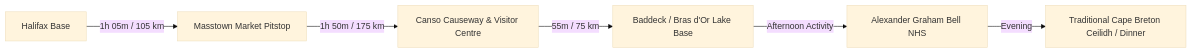
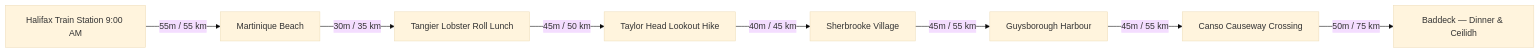
The diagram in docs/day1_halifax_to_baddeck.md (iammzz/novascotia-2026), drawn with Mermaid (base theme) before and after one commit. The commit also changed other lines of this file and 4 other files, not shown here.

Commit message:
Lock Day 1 as Marine Drive (Route 7) southeast scenic route: Martinique Beach, Taylor Head lookout, Sherbrooke Village, Guysborough, Canso Causeway; drop Bell NHS

````diff
--- a/docs/day1_halifax_to_baddeck.md
+++ b/docs/day1_halifax_to_baddeck.md
@@ -28,8 +36,10 @@
 ```mermaid
 graph LR
-    A[Halifax Base] -->|1h 05m / 105 km| B[Masstown Market Pitstop]
-    B -->|1h 50m / 175 km| C[Canso Causeway & Visitor Centre]
-    C -->|55m / 75 km| D[Baddeck / Bras d'Or Lake Base]
-    D -->|Afternoon Activity| E[Alexander Graham Bell NHS]
-    E -->|Evening| F[Traditional Cape Breton Ceilidh / Dinner]
+    A[Halifax Train Station 9:00 AM] -->|55m / 55 km| B[Martinique Beach]
+    B -->|30m / 35 km| C[Tangier Lobster Roll Lunch]
+    C -->|45m / 50 km| D[Taylor Head Lookout Hike]
+    D -->|40m / 45 km| E[Sherbrooke Village]
+    E -->|45m / 55 km| F[Guysborough Harbour]
+    F -->|45m / 55 km| G[Canso Causeway Crossing]
+    G -->|50m / 75 km| H[Baddeck — Dinner & Ceilidh]
 ```
````
